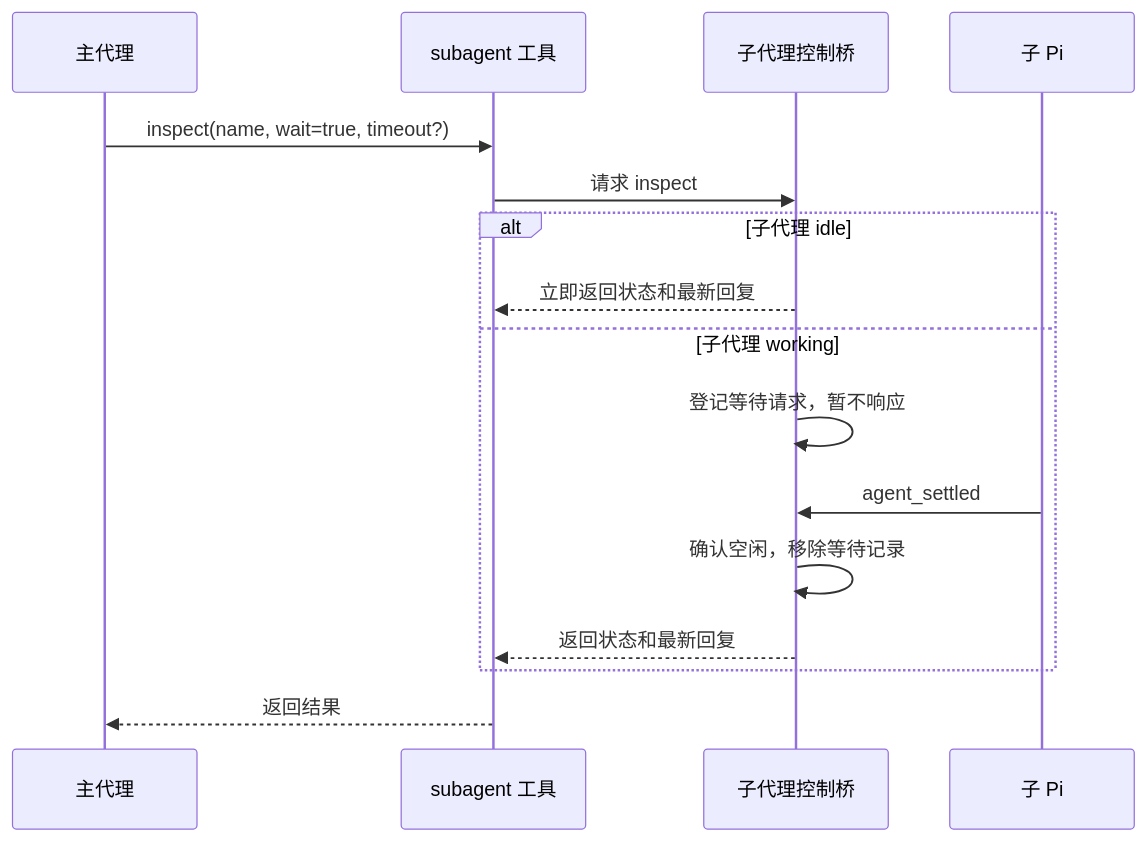
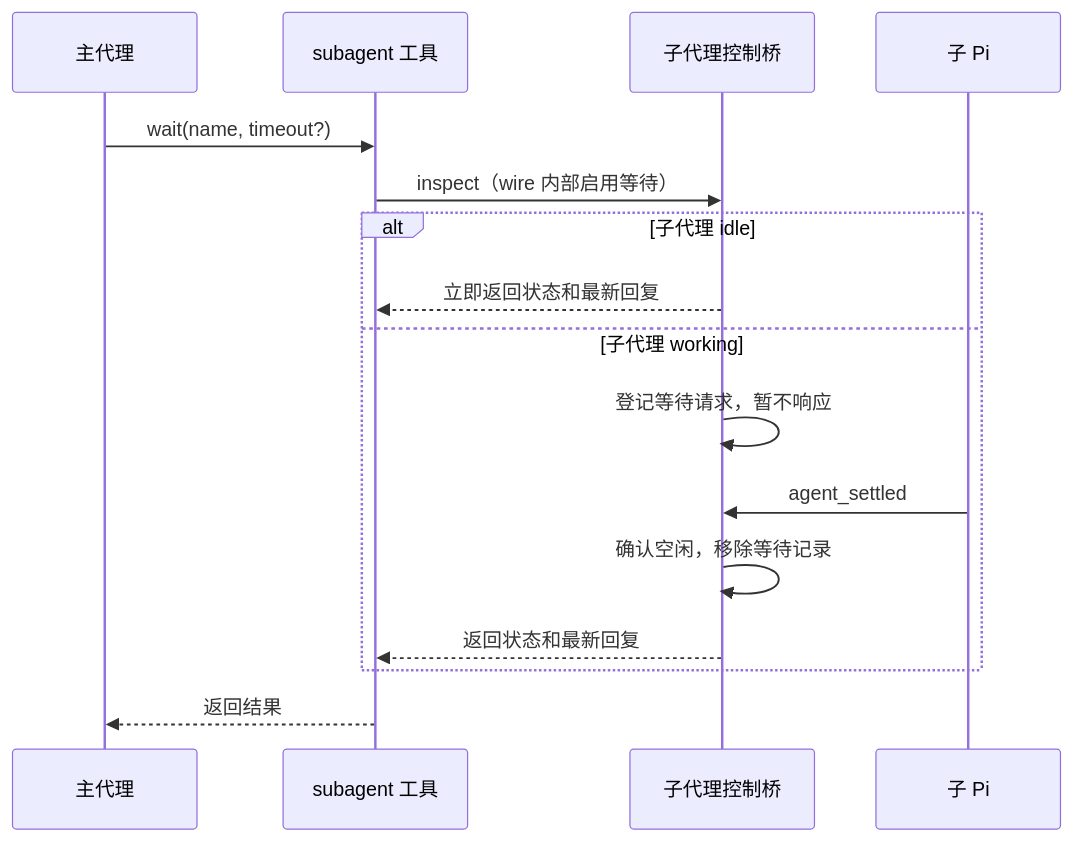
Before and after one commit to huxeon/pi-subagent: the fourth of 9 diagrams in docs/spec.md, drawn with Mermaid. The commit also changed other lines of this file and 15 other files, not shown here.

````diff
--- a/docs/spec.md
+++ b/docs/spec.md
@@ -136,19 +148,19 @@
 ```mermaid
 sequenceDiagram
     participant M as 主代理
     participant T as subagent 工具
     participant B as 子代理控制桥
     participant P as 子 Pi
 
-    M->>T: inspect(name, wait=true, timeout?)
-    T->>B: 请求 inspect
+    M->>T: wait(name, timeout?)
+    T->>B: inspect（wire 内部启用等待）
     alt 子代理 idle
         B-->>T: 立即返回状态和最新回复
     else 子代理 working
         B->>B: 登记等待请求，暂不响应
         P->>B: agent_settled
         B->>B: 确认空闲，移除等待记录
         B-->>T: 返回状态和最新回复
     end
     T-->>M: 返回结果
 ```
````
